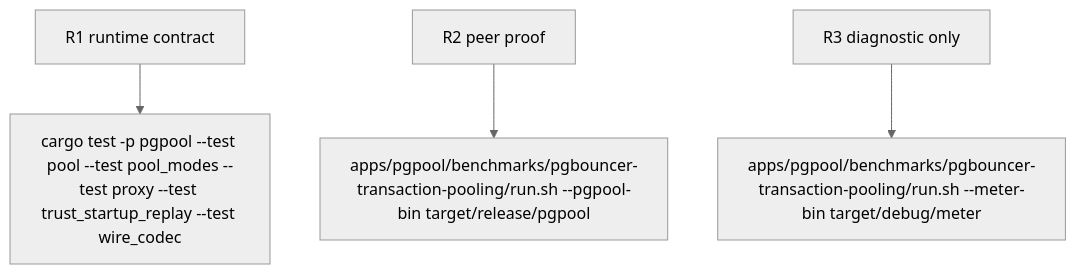
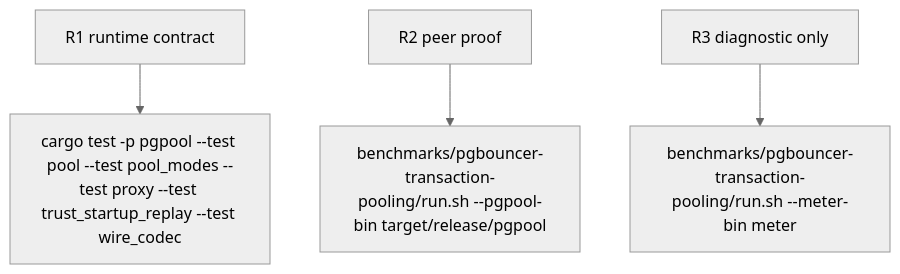
One commit to faberline/pgpool changed the second of 2 diagrams in tech-design/logic/p0-evaluate-one-worker-tokio-runtime-locality.md. Above: the diagram before and after it, drawn with Mermaid (neutral theme). The commit also changed other lines of this file and 120 other files, not shown here.

````diff
--- a/tech-design/logic/p0-evaluate-one-worker-tokio-runtime-locality.md
+++ b/tech-design/logic/p0-evaluate-one-worker-tokio-runtime-locality.md
@@ -61,28 +61,28 @@
 ```mermaid
 ---
 id: pgpool-one-worker-runtime-locality-verification
 requirements:
   diagnostic_only:
     id: R3
     text: "Meter may confirm reduced runtime parking contention but its instrumented TPS is diagnostic-only and cannot retain this candidate."
     kind: integration
     risk: medium
-    verify: apps/pgpool/benchmarks/pgbouncer-transaction-pooling/run.sh --meter-bin target/debug/meter
+    verify: benchmarks/pgbouncer-transaction-pooling/run.sh --meter-bin meter
   peer_proof:
     id: R2
     text: "A clean unchanged 64-client, 16-backend, simple-protocol transaction-pooling comparison completes for 30 seconds without errors and beats PgBouncer; the first valid loss reverts the candidate."
     kind: e2e
     risk: high
-    verify: apps/pgpool/benchmarks/pgbouncer-transaction-pooling/run.sh --pgpool-bin target/release/pgpool
+    verify: benchmarks/pgbouncer-transaction-pooling/run.sh --pgpool-bin target/release/pgpool
   runtime_contract:
     id: R1
     text: "The binary builds with the existing Tokio multi-thread runtime constrained to exactly one worker and preserves the transaction-pooling test surface."
     kind: regression
     risk: high
     verify: cargo test -p pgpool --test pool --test pool_modes --test proxy --test trust_startup_replay --test wire_codec
 ---
 flowchart TD
     r1[R1 runtime contract] --> cargo_test_p_pgpool_test_pool_test_pool_modes_test_proxy_test_trust_startup_replay_test_wire_codec[cargo test -p pgpool --test pool --test pool_modes --test proxy --test trust_startup_replay --test wire_codec]
-    r2[R2 peer proof] --> apps_pgpool_benchmarks_pgbouncer_transaction_pooling_run_sh_pgpool_bin_target_release_pgpool[apps/pgpool/benchmarks/pgbouncer-transaction-pooling/run.sh --pgpool-bin target/release/pgpool]
-    r3[R3 diagnostic only] --> apps_pgpool_benchmarks_pgbouncer_transaction_pooling_run_sh_meter_bin_target_debug_meter[apps/pgpool/benchmarks/pgbouncer-transaction-pooling/run.sh --meter-bin target/debug/meter]
+    r2[R2 peer proof] --> apps_pgpool_benchmarks_pgbouncer_transaction_pooling_run_sh_pgpool_bin_target_release_pgpool[benchmarks/pgbouncer-transaction-pooling/run.sh --pgpool-bin target/release/pgpool]
+    r3[R3 diagnostic only] --> apps_pgpool_benchmarks_pgbouncer_transaction_pooling_run_sh_meter_bin_target_debug_meter[benchmarks/pgbouncer-transaction-pooling/run.sh --meter-bin meter]
 ```
````
